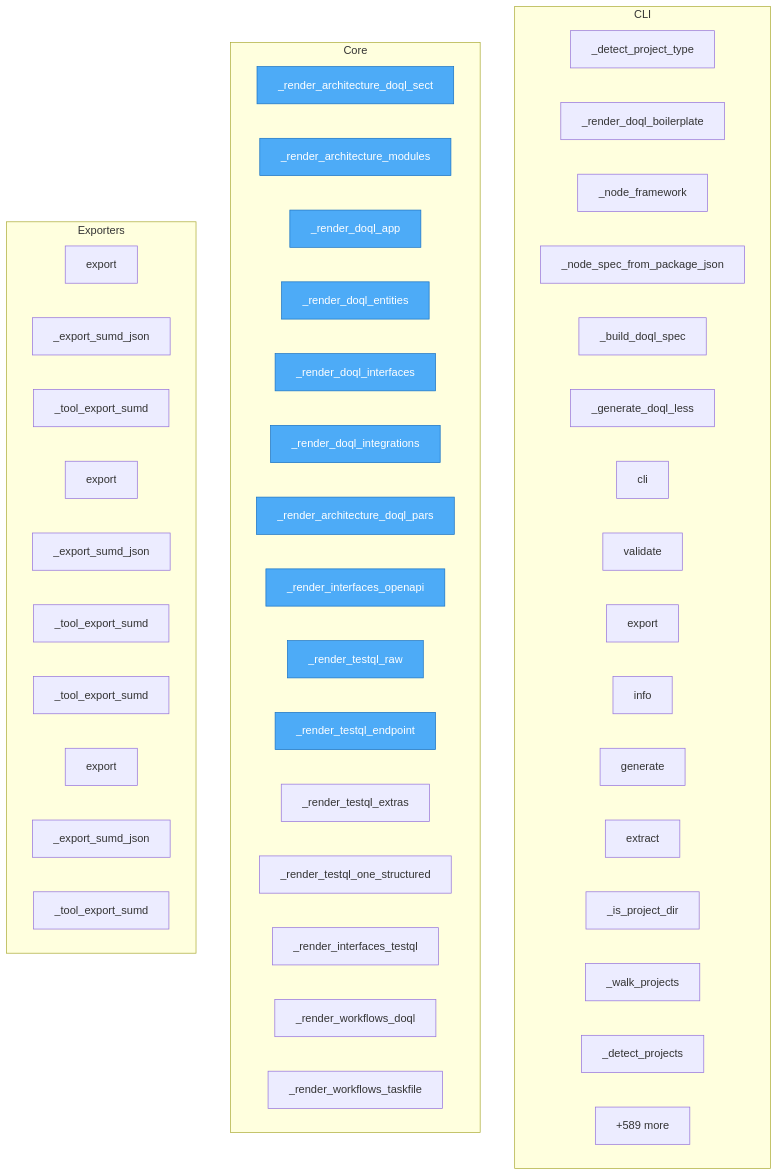
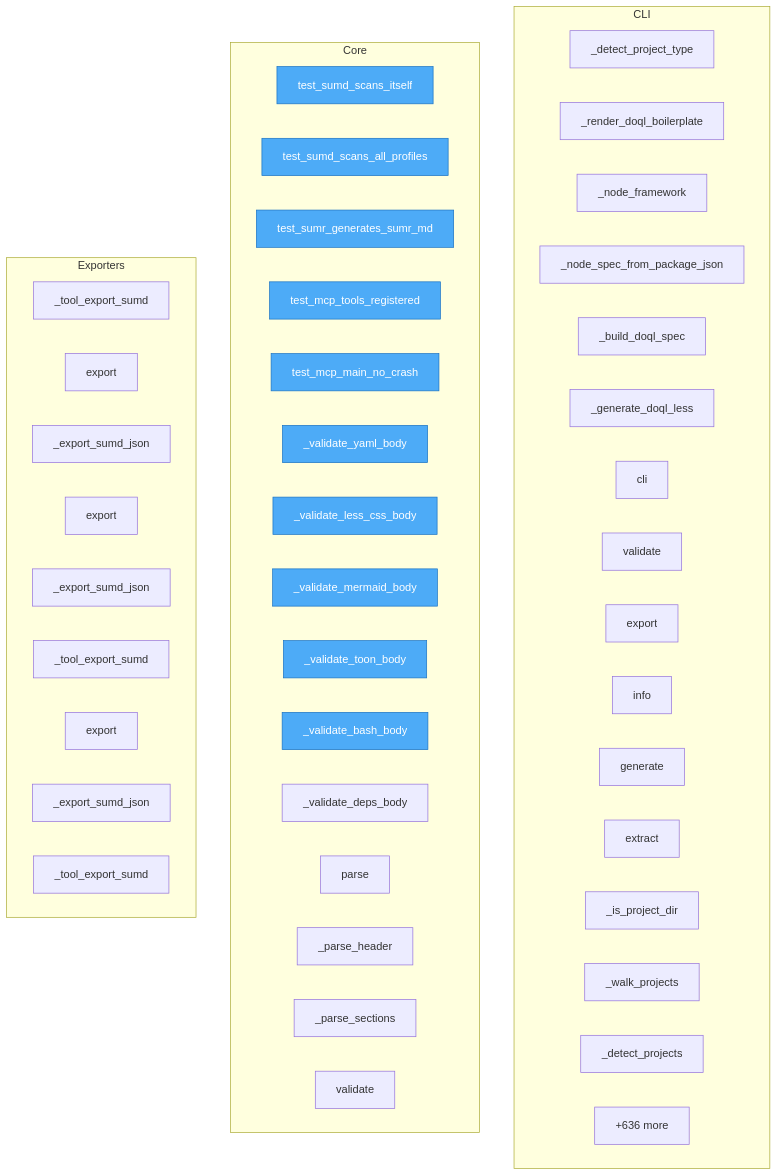
Before and after one commit to oqlos/statement: the diagram in project/flow.mmd, drawn with Mermaid. The commit also changed 27 other files, not shown here.

```diff
--- a/project/flow.mmd
+++ b/project/flow.mmd
@@ -1,57 +1,56 @@
 flowchart TD
 
     %% Entry points (blue)
     classDef entry fill:#4dabf7,stroke:#1971c2,color:#fff
 
     subgraph CLI
         sumd__cli___detect_project_type["_detect_project_type"]
         sumd__cli___render_doql_boilerplate["_render_doql_boilerplate"]
         sumd__cli___node_framework["_node_framework"]
         sumd__cli___node_spec_from_package_json["_node_spec_from_package_json"]
         sumd__cli___build_doql_spec["_build_doql_spec"]
         sumd__cli___generate_doql_less["_generate_doql_less"]
         sumd__cli__cli["cli"]
         sumd__cli__validate["validate"]
         sumd__cli__export["export"]
         sumd__cli__info["info"]
         sumd__cli__generate["generate"]
         sumd__cli__extract["extract"]
         sumd__cli___is_project_dir["_is_project_dir"]
         sumd__cli___walk_projects["_walk_projects"]
         sumd__cli___detect_projects["_detect_projects"]
         ...["+28 more"]
     end
 
     subgraph Core
-        SUMR___render_architecture_doql_section["_render_architecture_doql_sect"]
-        SUMR___render_architecture_modules["_render_architecture_modules"]
-        SUMR___render_doql_app["_render_doql_app"]
-        SUMR___render_doql_entities["_render_doql_entities"]
-        SUMR___render_doql_interfaces["_render_doql_interfaces"]
-        SUMR___render_doql_integrations["_render_doql_integrations"]
-        SUMR___render_architecture_doql_parsed["_render_architecture_doql_pars"]
-        SUMR___render_interfaces_openapi["_render_interfaces_openapi"]
-        SUMR___render_testql_raw["_render_testql_raw"]
-        SUMR___render_testql_endpoint["_render_testql_endpoint"]
-        SUMR___render_testql_extras["_render_testql_extras"]
-        SUMR___render_testql_one_structured["_render_testql_one_structured"]
-        SUMR___render_interfaces_testql["_render_interfaces_testql"]
-        SUMR___render_workflows_doql["_render_workflows_doql"]
-        SUMR___render_workflows_taskfile["_render_workflows_taskfile"]
-        ...["+589 more"]
+        TODO__test_sumd_scans_itself["test_sumd_scans_itself"]
+        TODO__test_sumd_scans_all_profiles["test_sumd_scans_all_profiles"]
+        TODO__test_sumr_generates_sumr_md["test_sumr_generates_sumr_md"]
+        TODO__test_mcp_tools_registered["test_mcp_tools_registered"]
+        TODO__test_mcp_main_no_crash["test_mcp_main_no_crash"]
+        sumd__validator___validate_yaml_body["_validate_yaml_body"]
+        sumd__validator___validate_less_css_body["_validate_less_css_body"]
+        sumd__validator___validate_mermaid_body["_validate_mermaid_body"]
+        sumd__validator___validate_toon_body["_validate_toon_body"]
+        sumd__validator___validate_bash_body["_validate_bash_body"]
+        sumd__validator___validate_deps_body["_validate_deps_body"]
+        sumd__parser__SUMDParser__parse["parse"]
+        sumd__parser__SUMDParser___parse_header["_parse_header"]
+        sumd__parser__SUMDParser___parse_sections["_parse_sections"]
+        sumd__parser__SUMDParser__validate["validate"]
+        ...["+636 more"]
     end
 
     subgraph Exporters
+        sumd__mcp_server___tool_export_sumd["_tool_export_sumd"]
         SUMR__export["export"]
         SUMR___export_sumd_json["_export_sumd_json"]
-        SUMR___tool_export_sumd["_tool_export_sumd"]
         SUMD__export["export"]
         SUMD___export_sumd_json["_export_sumd_json"]
         SUMD___tool_export_sumd["_tool_export_sumd"]
-        sumd__mcp_server___tool_export_sumd["_tool_export_sumd"]
         project__map__toon__export["export"]
         project__map__toon___export_sumd_json["_export_sumd_json"]
         project__map__toon___tool_export_sumd["_tool_export_sumd"]
     end
 
-    class SUMR___render_architecture_doql_section,SUMR___render_architecture_modules,SUMR___render_doql_app,SUMR___render_doql_entities,SUMR___render_doql_interfaces,SUMR___render_doql_integrations,SUMR___render_architecture_doql_parsed,SUMR___render_interfaces_openapi,SUMR___render_testql_raw,SUMR___render_testql_endpoint entry
+    class TODO__test_sumd_scans_itself,TODO__test_sumd_scans_all_profiles,TODO__test_sumr_generates_sumr_md,TODO__test_mcp_tools_registered,TODO__test_mcp_main_no_crash,sumd__validator___validate_yaml_body,sumd__validator___validate_less_css_body,sumd__validator___validate_mermaid_body,sumd__validator___validate_toon_body,sumd__validator___validate_bash_body entry
```
